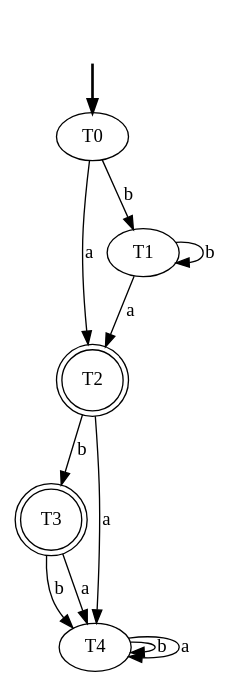
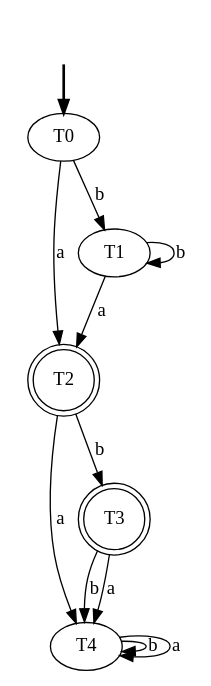
Before and after one commit to LuisDiego19FV/Proyecto_Compiladores: the diagram in Lexer/output/b^ab!/b^ab!_dfa_1.dot, drawn with Graphviz. The commit also changed other lines of this file and 113 other files, not shown here.

```diff
--- a/Lexer/output/b^ab!/b^ab!_dfa_1.dot
+++ b/Lexer/output/b^ab!/b^ab!_dfa_1.dot
@@ -1,19 +1,19 @@
 digraph {
 	fake0 [style=invisible]
+	T4
 	T0 [root=true]
 	T2 [shape=doublecircle]
+	T1
 	T3 [shape=doublecircle]
-	T4
-	T1
 	fake0 -> T0 [style=bold]
 	T0 -> T1 [label=b]
 	T0 -> T2 [label=a]
 	T1 -> T1 [label=b]
 	T1 -> T2 [label=a]
 	T2 -> T3 [label=b]
 	T2 -> T4 [label=a]
 	T3 -> T4 [label=b]
 	T3 -> T4 [label=a]
 	T4 -> T4 [label=b]
 	T4 -> T4 [label=a]
 }
```
